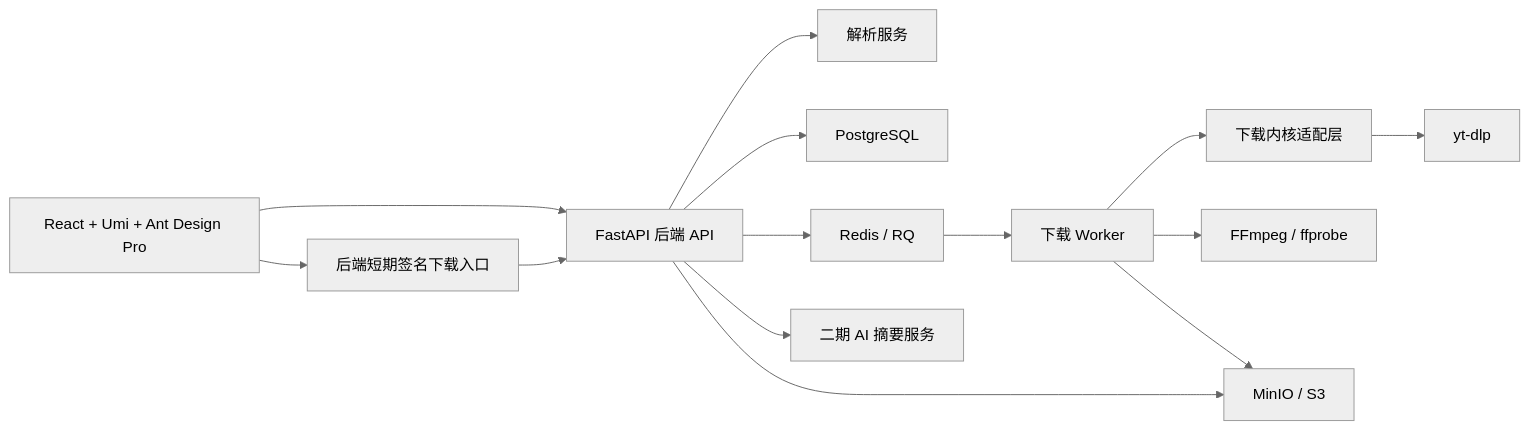
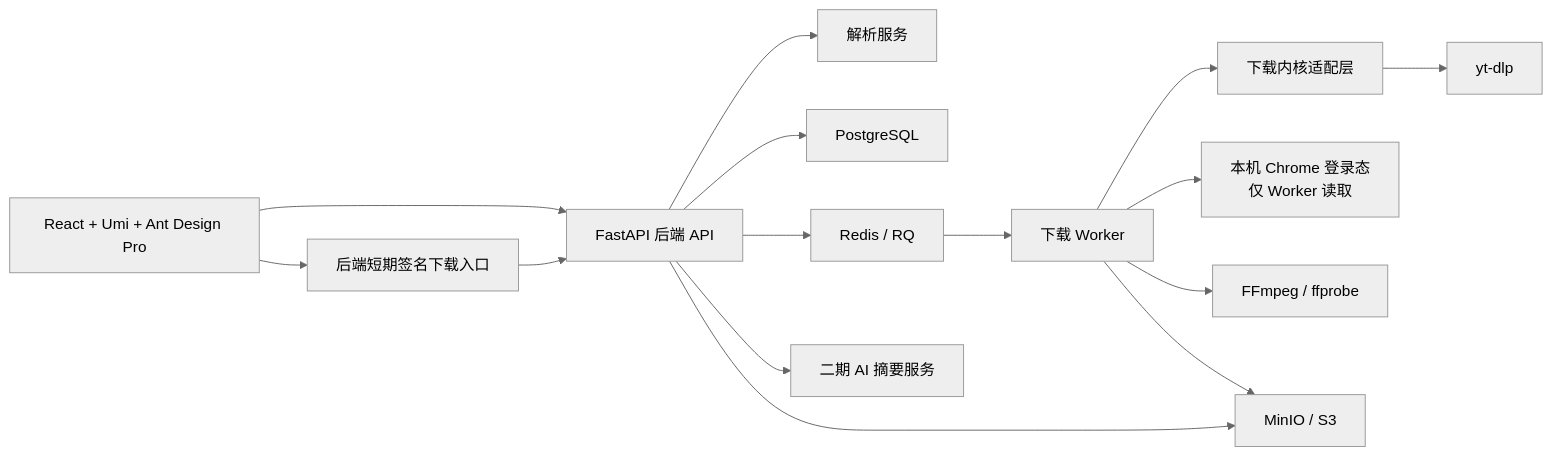
The diagram in docs/03-架构设计/01-总体架构方案.md (StephenQiu30/video-server), drawn with Mermaid (neutral theme) before and after one commit. The commit also changed other lines of this file and 22 other files, not shown here.

````diff
--- a/docs/03-架构设计/01-总体架构方案.md
+++ b/docs/03-架构设计/01-总体架构方案.md
@@ -11,16 +11,17 @@
 ```mermaid
 flowchart LR
     FE["React + Umi + Ant Design Pro"] --> API["FastAPI 后端 API"]
     API --> Parser["解析服务"]
     API --> DB["PostgreSQL"]
     API --> Queue["Redis / RQ"]
     Queue --> Worker["下载 Worker"]
     Worker --> Core["下载内核适配层"]
+    Worker --> Chrome["本机 Chrome 登录态\n仅 Worker 读取"]
     Core --> Engine["yt-dlp"]
     Worker --> FFmpeg["FFmpeg / ffprobe"]
     Worker --> Storage["MinIO / S3"]
     API --> AI["二期 AI 摘要服务"]
     FE --> Download["后端短期签名下载入口"]
     Download --> API
     API --> Storage
 ```
````
